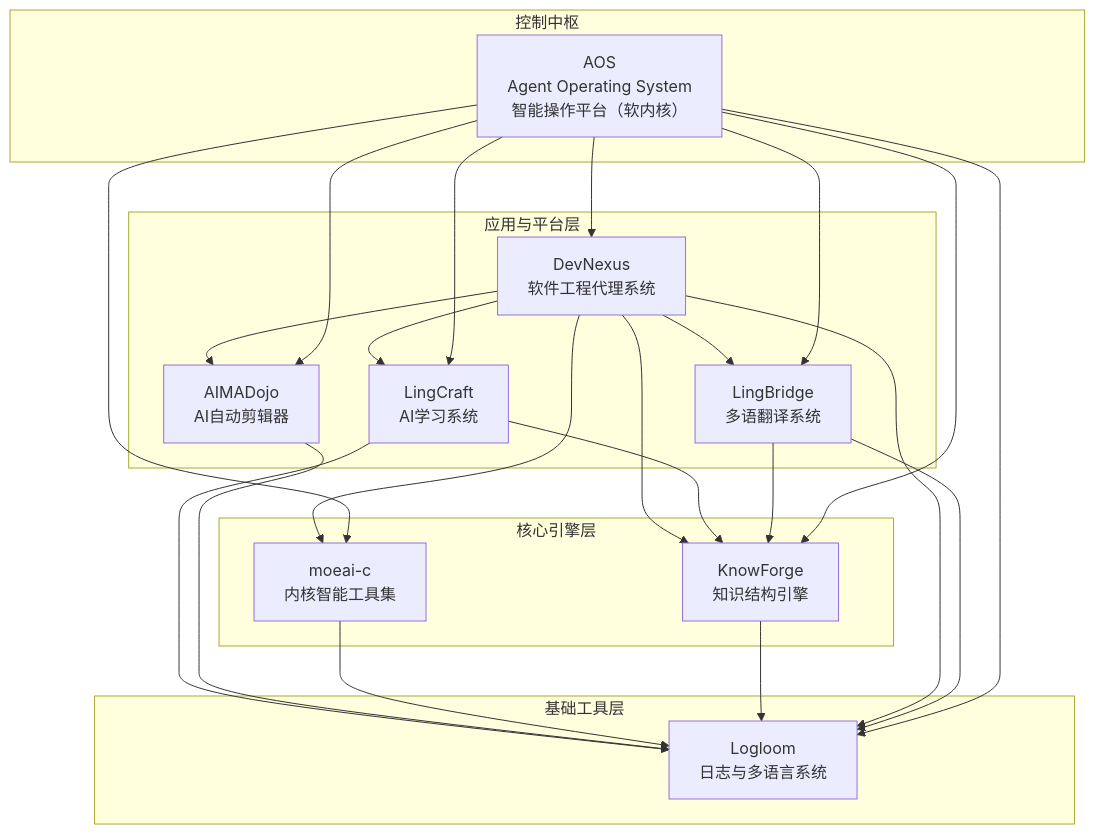
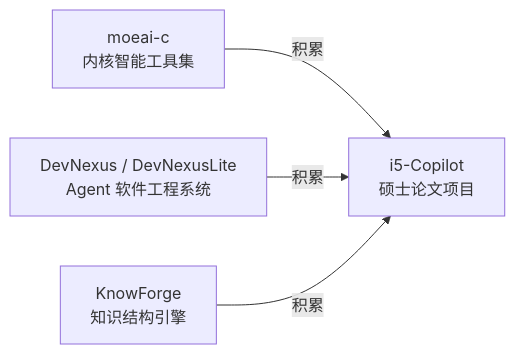
Before and after one commit to ydzat/ydzat: the second of 3 diagrams in README.md, drawn with Mermaid. The commit also changed other lines of this file, not shown here.

First line of the commit message:
Update profile: restructure projects by value, add relationship diagrams

````diff
--- a/README.md
+++ b/README.md
@@ -72,45 +68,6 @@
 ```mermaid
-graph TD
-  subgraph 基础工具层
-    E[Logloom<br>日志与多语言系统]
-  end
-
-  subgraph 核心引擎层
-    A[moeai-c<br>内核智能工具集]
-    B[KnowForge<br>知识结构引擎]
-  end
-
-  subgraph 应用与平台层
-    F[LingCraft<br>AI学习系统]
-    C[AIMADojo<br>AI自动剪辑器]
-    D[DevNexus<br>软件工程代理系统]
-    G[LingBridge<br>多语翻译系统]
-  end
-
-  subgraph 控制中枢
-    Z[AOS<br>Agent Operating System<br>智能操作平台（软内核）]
-  end
-
-  D --> A
-  D --> B
-  D --> C
-  D --> F
-  D --> G
-
-  F --> B
-  F --> E
-  C --> E
-  A --> E
-  B --> E
-  D --> E
-  G --> B
-  G --> E
-
-  Z --> A
-  Z --> B
-  Z --> C
-  Z --> D
-  Z --> E
-  Z --> F
-  Z --> G
+graph LR
+  D[moeai-c<br/>内核智能工具集] -->|积累| F[i5-Copilot<br/>硕士论文项目]
+  E[DevNexus / DevNexusLite<br/>Agent 软件工程系统] -->|积累| F
+  G[KnowForge<br/>知识结构引擎] -->|积累| F
 ```
````
